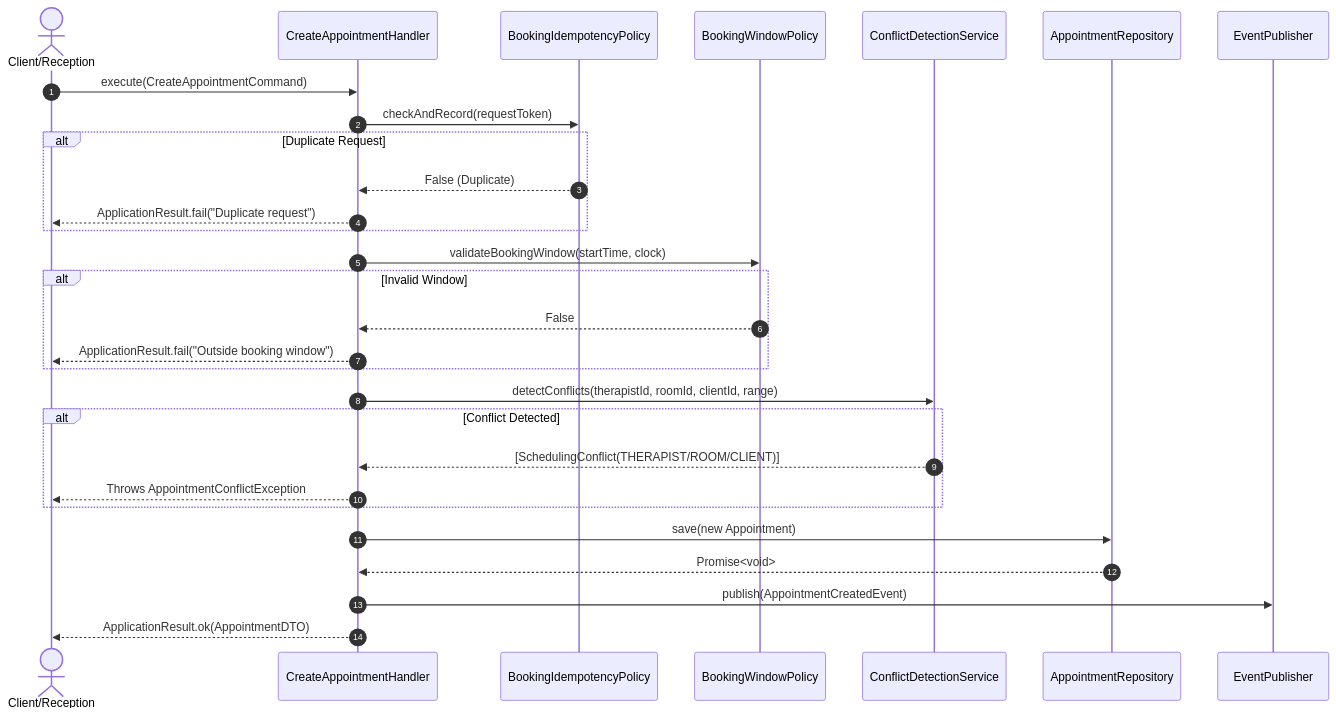
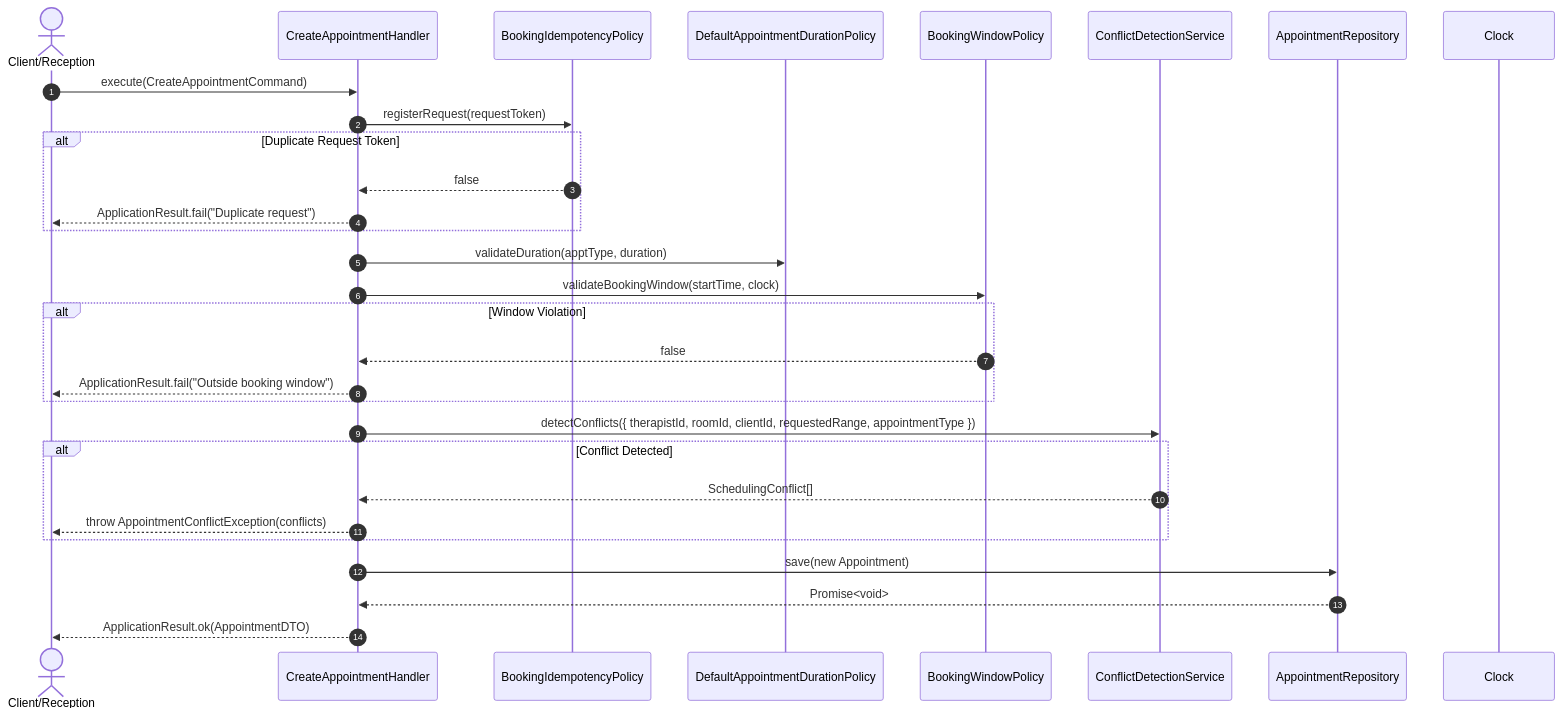
One commit to izzydin/kinergy-platform changed the first of 3 diagrams in docs/scheduling/sequence-diagrams.md. Above: the diagram before and after it, drawn with Mermaid. The commit also changed other lines of this file and 9 other files, not shown here.

````diff
--- a/docs/scheduling/sequence-diagrams.md
+++ b/docs/scheduling/sequence-diagrams.md
@@ -5,35 +19,36 @@
 ```mermaid
 sequenceDiagram
     autonumber
     actor Client/Reception
     participant Handler as CreateAppointmentHandler
     participant Idempotency as BookingIdempotencyPolicy
+    participant DurationPolicy as DefaultAppointmentDurationPolicy
     participant WindowPolicy as BookingWindowPolicy
     participant ConflictService as ConflictDetectionService
     participant ApptRepo as AppointmentRepository
-    participant EventBus as EventPublisher
+    participant Clock as Clock
 
     Client/Reception->>Handler: execute(CreateAppointmentCommand)
-    Handler->>Idempotency: checkAndRecord(requestToken)
-    alt Duplicate Request
-        Idempotency-->>Handler: False (Duplicate)
+    Handler->>Idempotency: registerRequest(requestToken)
+    alt Duplicate Request Token
+        Idempotency-->>Handler: false
         Handler-->>Client/Reception: ApplicationResult.fail("Duplicate request")
     end
 
+    Handler->>DurationPolicy: validateDuration(apptType, duration)
     Handler->>WindowPolicy: validateBookingWindow(startTime, clock)
-    alt Invalid Window
-        WindowPolicy-->>Handler: False
+    alt Window Violation
+        WindowPolicy-->>Handler: false
         Handler-->>Client/Reception: ApplicationResult.fail("Outside booking window")
     end
 
-    Handler->>ConflictService: detectConflicts(therapistId, roomId, clientId, range)
+    Handler->>ConflictService: detectConflicts({ therapistId, roomId, clientId, requestedRange, appointmentType })
     alt Conflict Detected
-        ConflictService-->>Handler: [SchedulingConflict(THERAPIST/ROOM/CLIENT)]
-        Handler-->>Client/Reception: Throws AppointmentConflictException
+        ConflictService-->>Handler: SchedulingConflict[]
+        Handler-->>Client/Reception: throw AppointmentConflictException(conflicts)
     end
 
     Handler->>ApptRepo: save(new Appointment)
     ApptRepo-->>Handler: Promise<void>
-    Handler->>EventBus: publish(AppointmentCreatedEvent)
     Handler-->>Client/Reception: ApplicationResult.ok(AppointmentDTO)
 ```
````
